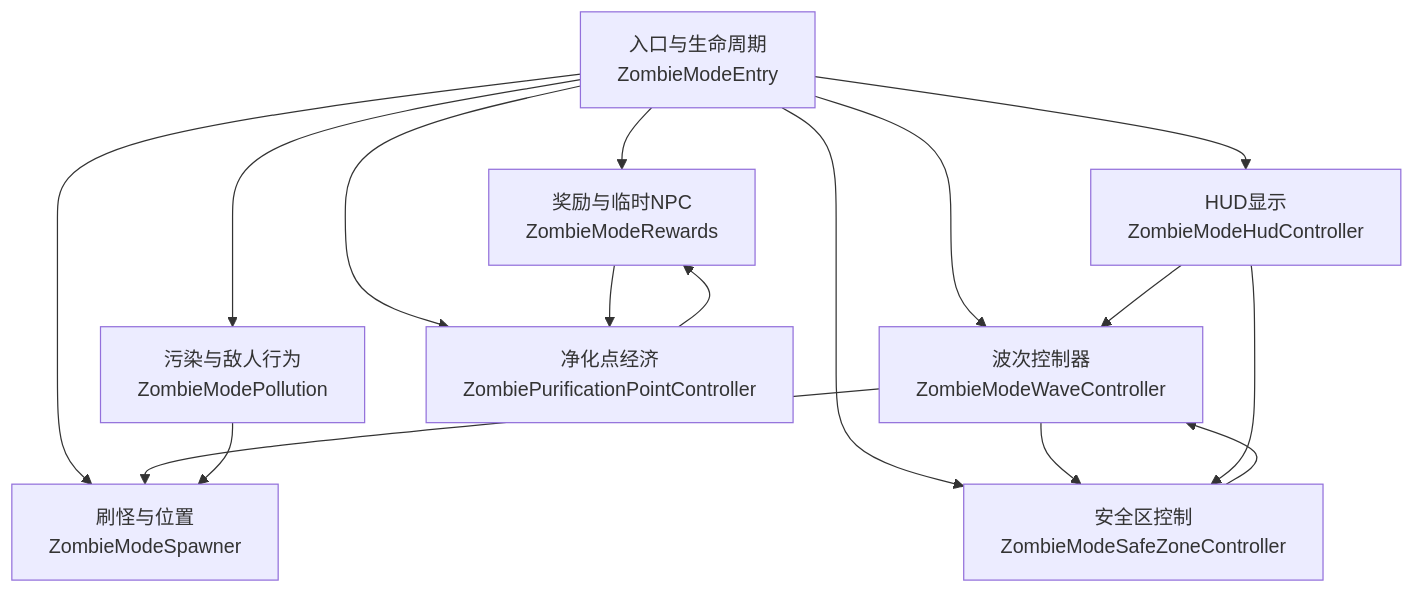
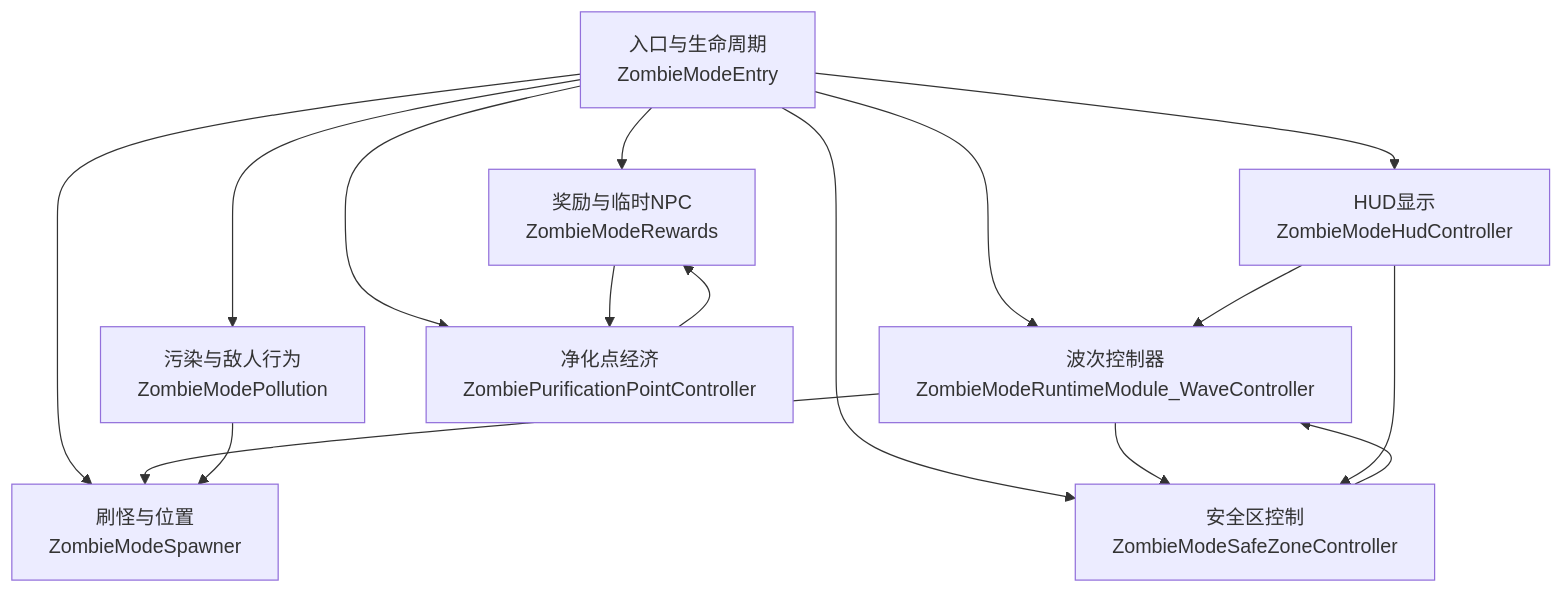
Before and after one commit to GASEN1216/BossRushMod: the first of 9 diagrams in .qoder/repowiki/zh/content/游戏模式系统/僵尸模式.md, drawn with Mermaid. The commit also changed other lines of this file and 64 other files, not shown here.

````diff
--- a/.qoder/repowiki/zh/content/游戏模式系统/僵尸模式.md
+++ b/.qoder/repowiki/zh/content/游戏模式系统/僵尸模式.md
@@ -78,18 +85,18 @@
 ```mermaid
 graph TB
-Entry["入口与生命周期<br/>ZombieModeEntry"] --> Wave["波次控制器<br/>ZombieModeWaveController"]
+Entry["入口与生命周期<br/>ZombieModeEntry"] --> Wave["波次控制器<br/>ZombieModeRuntimeModule_WaveController"]
 Entry --> Spawner["刷怪与位置<br/>ZombieModeSpawner"]
 Entry --> Pollution["污染与敌人行为<br/>ZombieModePollution"]
 Entry --> Rewards["奖励与临时NPC<br/>ZombieModeRewards"]
 Entry --> SafeZone["安全区控制<br/>ZombieModeSafeZoneController"]
 Entry --> Purification["净化点经济<br/>ZombiePurificationPointController"]
 Entry --> HUD["HUD显示<br/>ZombieModeHudController"]
 Wave --> Spawner
 Wave --> SafeZone
 Pollution --> Spawner
 Rewards --> Purification
 SafeZone --> Wave
 Purification --> Rewards
 HUD --> Wave
 HUD --> SafeZone
 ```
````
